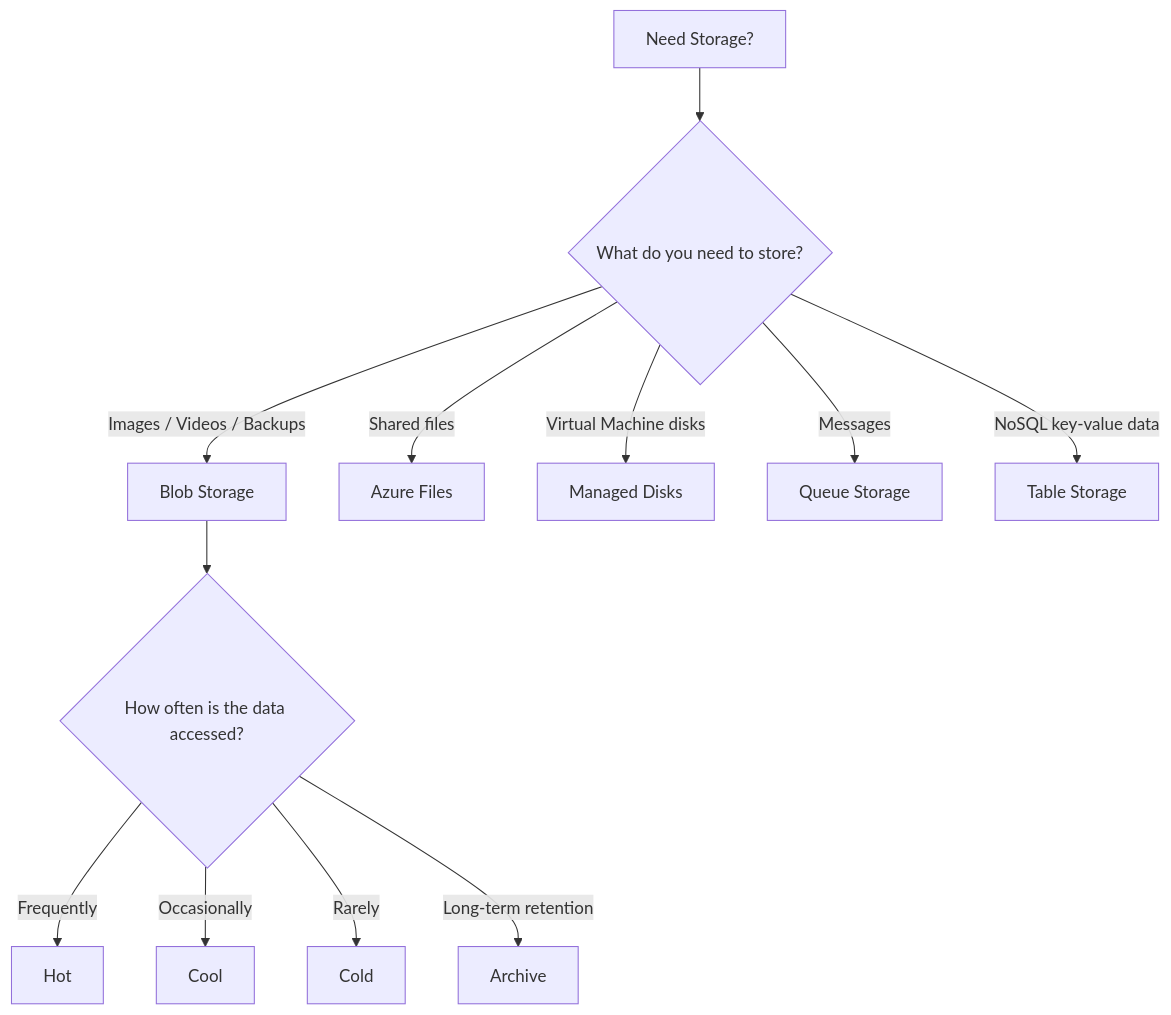
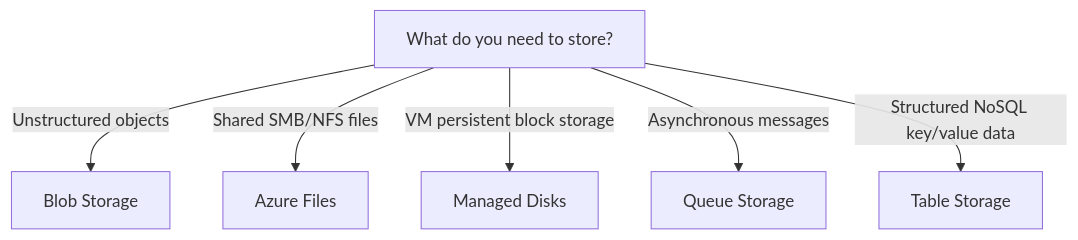
Before and after one commit to zhyordanova/azure-fundamentals-handbook: the first of 4 diagrams in exam/decision-trees/storage-decision-tree.md, drawn with Mermaid. The commit also changed other lines of this file and 12 other files, not shown here.

````diff
--- a/exam/decision-trees/storage-decision-tree.md
+++ b/exam/decision-trees/storage-decision-tree.md
@@ -3,25 +21,10 @@
 ```mermaid
 flowchart TD
+    A["What do you need to store?"]
 
-    A["Need Storage?"] --> B{"What do you need to store?"}
-
-    B -->|Images / Videos / Backups| C["Blob Storage"]
-
-    B -->|Shared files| D["Azure Files"]
-
-    B -->|Virtual Machine disks| E["Managed Disks"]
-
-    B -->|Messages| F["Queue Storage"]
-
-    B -->|NoSQL key-value data| G["Table Storage"]
-
-    C --> H{"How often is the data accessed?"}
-
-    H -->|Frequently| I["Hot"]
-
-    H -->|Occasionally| J["Cool"]
-
-    H -->|Rarely| K["Cold"]
-
-    H -->|Long-term retention| L["Archive"]
+    A -->|Unstructured objects| B["Blob Storage"]
+    A -->|Shared SMB/NFS files| C["Azure Files"]
+    A -->|VM persistent block storage| D["Managed Disks"]
+    A -->|Asynchronous messages| E["Queue Storage"]
+    A -->|Structured NoSQL key/value data| F["Table Storage"]
 ```
````
